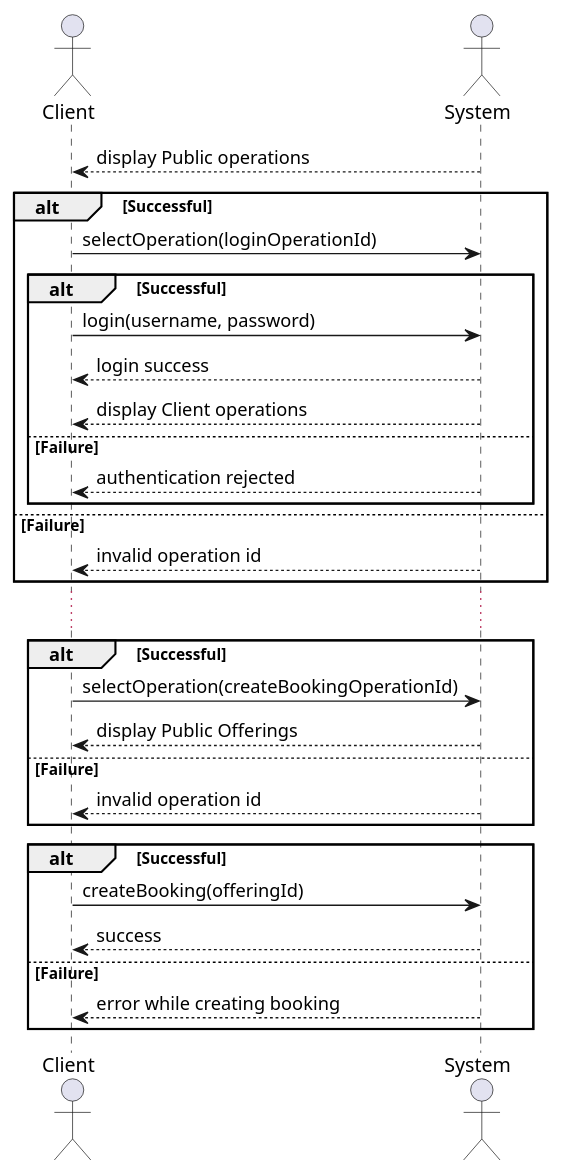
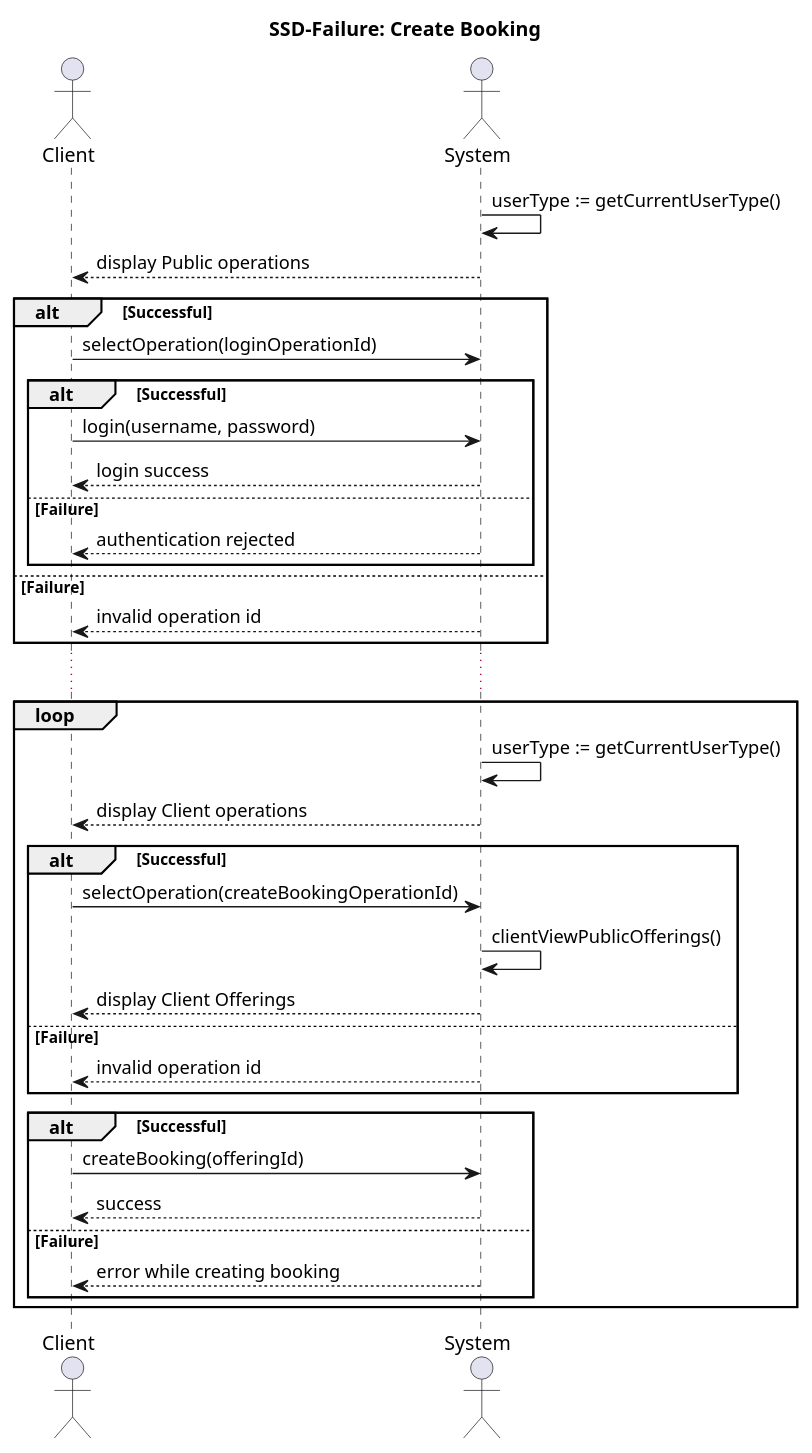
The diagram in diagrams/src/critical-use-cases/create-booking/failure/SSD-failure.pu (NathanGrenier/SOEN-342-Project), drawn with PlantUML before and after one commit. The commit also changed 12 other files, not shown here.

Commit message:
3: finished create Booking use case Diagrams

```diff
--- a/diagrams/src/critical-use-cases/create-booking/failure/SSD-failure.pu
+++ b/diagrams/src/critical-use-cases/create-booking/failure/SSD-failure.pu
@@ -1,33 +1,39 @@
 @startuml SSD-Failure: Create Booking
+title SSD-Failure: Create Booking
+
 actor Client
 actor System
 
+System -> System: userType := getCurrentUserType()
 Client <-- System: display Public operations
 alt Successful
     Client -> System: selectOperation(loginOperationId)
     alt Successful
         Client -> System: login(username, password)
         Client <-- System: login success
-        Client <-- System: display Client operations
     else Failure
         Client <-- System: authentication rejected
     end
 else Failure
     Client <-- System: invalid operation id
 end
 ...
-alt Successful
-    Client -> System: selectOperation(createBookingOperationId)
-    Client <-- System: display Public Offerings
-else Failure
-    Client <-- System: invalid operation id
-end
-alt Successful
-    Client -> System: createBooking(offeringId)
-    Client <-- System: success
-else Failure
-    Client <-- System: error while creating booking
+loop
+    System -> System: userType := getCurrentUserType()
+    Client <-- System: display Client operations
+    alt Successful
+        Client -> System: selectOperation(createBookingOperationId)
+        System -> System: clientViewPublicOfferings()
+        Client <-- System: display Client Offerings
+    else Failure
+        Client <-- System: invalid operation id
+    end
+    alt Successful
+        Client -> System: createBooking(offeringId)
+        Client <-- System: success
+    else Failure
+        Client <-- System: error while creating booking
+    end
 end
 
-
 @enduml
```
